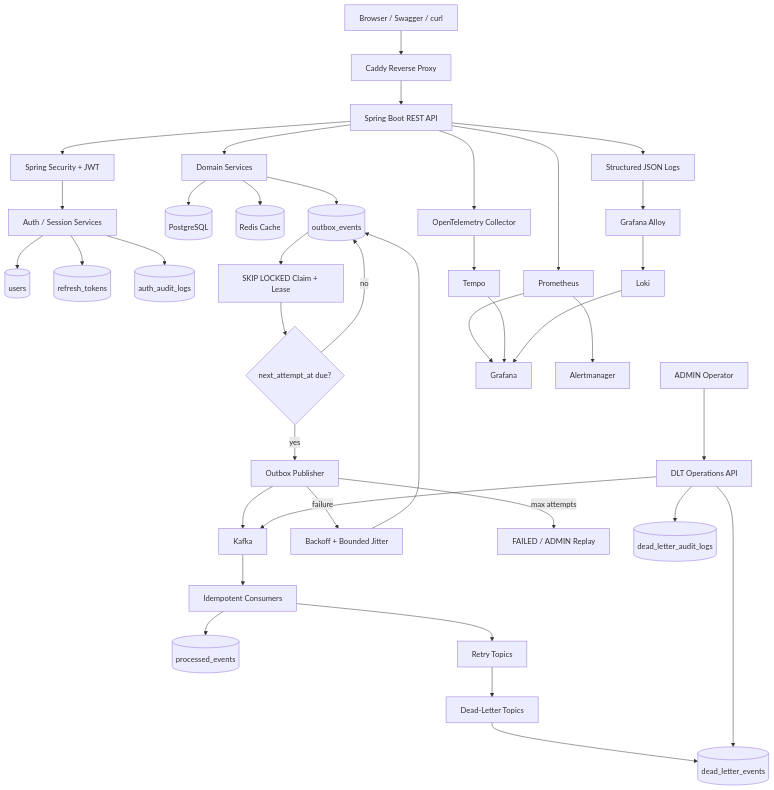
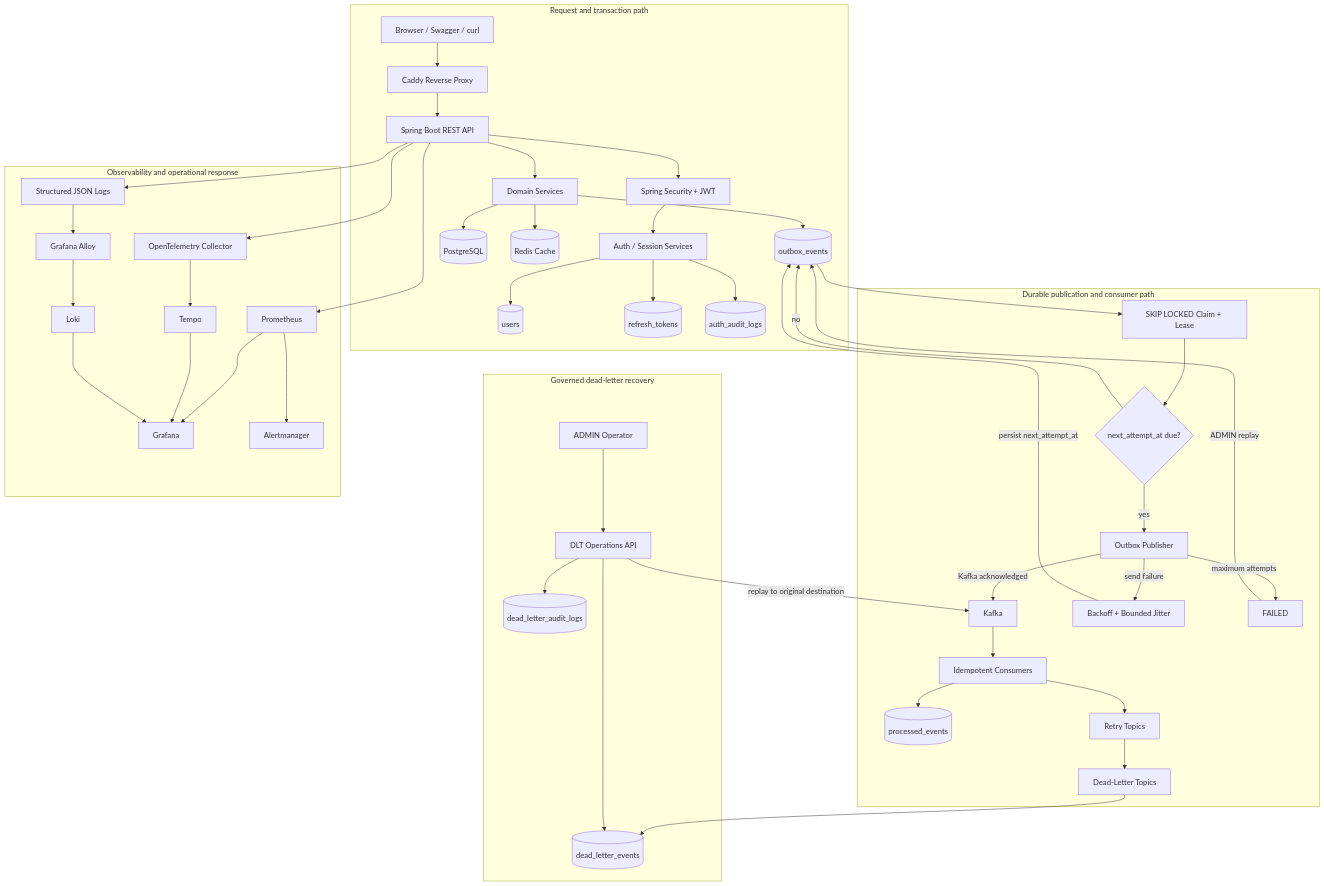
The diagram in README.md (ravan-chuang/spring-boot-ecommerce-backend), drawn with Mermaid before and after one commit. The commit also changed other lines of this file and 2 other files, not shown here.

Commit message:
docs: refresh project documentation after Phase 2.1 verification

````diff
--- a/README.md
+++ b/README.md
@@ -50,45 +50,55 @@
 ```mermaid
+%%{init: {"flowchart": {"curve": "basis"}}}%%
 flowchart TD
-    Client[Browser / Swagger / curl] --> Caddy[Caddy Reverse Proxy]
-    Caddy --> API[Spring Boot REST API]
-    API --> Security[Spring Security + JWT]
-    Security --> Auth[Auth / Session Services]
-    Auth --> Users[(users)]
-    Auth --> RefreshTokens[(refresh_tokens)]
-    Auth --> AuthAudit[(auth_audit_logs)]
+    subgraph RequestPath[Request and transaction path]
+        Client[Browser / Swagger / curl] --> Caddy[Caddy Reverse Proxy]
+        Caddy --> API[Spring Boot REST API]
+        API --> Security[Spring Security + JWT]
+        Security --> Auth[Auth / Session Services]
+        API --> Domain[Domain Services]
+        Auth --> Users[(users)]
+        Auth --> RefreshTokens[(refresh_tokens)]
+        Auth --> AuthAudit[(auth_audit_logs)]
+        Domain --> PostgreSQL[(PostgreSQL)]
+        Domain --> Redis[(Redis Cache)]
+        Domain --> Outbox[(outbox_events)]
+    end
 
-    API --> Domain[Domain Services]
-    Domain --> PostgreSQL[(PostgreSQL)]
-    Domain --> Redis[(Redis Cache)]
-    Domain --> Outbox[(outbox_events)]
+    subgraph DeliveryPath[Durable publication and consumer path]
+        Outbox --> Claim[SKIP LOCKED Claim + Lease]
+        Claim --> Due{next_attempt_at due?}
+        Due -->|yes| Publisher[Outbox Publisher]
+        Due -->|no| Outbox
+        Publisher -->|Kafka acknowledged| Kafka[Kafka]
+        Publisher -->|send failure| RetryPolicy[Backoff + Bounded Jitter]
+        RetryPolicy -->|persist next_attempt_at| Outbox
+        Publisher -->|maximum attempts| Failed[FAILED]
+        Failed -->|ADMIN replay| Outbox
 
-    Outbox --> Claim[SKIP LOCKED Claim + Lease]
-    Claim --> Due{next_attempt_at due?}
-    Due -->|yes| Publisher[Outbox Publisher]
-    Due -->|no| Outbox
-    Publisher --> Kafka[Kafka]
-    Publisher -->|failure| RetryPolicy[Backoff + Bounded Jitter]
-    RetryPolicy --> Outbox
-    Publisher -->|max attempts| Failed[FAILED / ADMIN Replay]
+        Kafka --> Consumer[Idempotent Consumers]
+        Consumer --> Processed[(processed_events)]
+        Consumer --> RetryTopics[Retry Topics]
+        RetryTopics --> DLT[Dead-Letter Topics]
+    end
 
-    Kafka --> Consumer[Idempotent Consumers]
-    Consumer --> Processed[(processed_events)]
-    Consumer --> RetryTopics[Retry Topics]
-    RetryTopics --> DLT[Dead-Letter Topics]
-    DLT --> DLTStore[(dead_letter_events)]
-    Operator[ADMIN Operator] --> DLTAPI[DLT Operations API]
-    DLTAPI --> DLTStore
-    DLTAPI --> Kafka
-    DLTAPI --> DLTAudit[(dead_letter_audit_logs)]
+    subgraph GovernedRecovery[Governed dead-letter recovery]
+        DLT --> DLTStore[(dead_letter_events)]
+        Operator[ADMIN Operator] --> DLTAPI[DLT Operations API]
+        DLTAPI --> DLTStore
+        DLTAPI -->|replay to original destination| Kafka
+        DLTAPI --> DLTAudit[(dead_letter_audit_logs)]
+    end
 
-    API --> Prometheus[Prometheus]
-    API --> OTel[OpenTelemetry Collector]
-    API --> JSONLogs[Structured JSON Logs]
-    OTel --> Tempo[Tempo]
-    JSONLogs --> Alloy[Grafana Alloy]
-    Alloy --> Loki[Loki]
-    Prometheus --> Grafana[Grafana]
-    Tempo --> Grafana
-    Loki --> Grafana
-    Prometheus --> Alertmanager[Alertmanager]
+    subgraph Telemetry[Observability and operational response]
+        API --> Prometheus[Prometheus]
+        API --> OTel[OpenTelemetry Collector]
+        API --> JSONLogs[Structured JSON Logs]
+        OTel --> Tempo[Tempo]
+        JSONLogs --> Alloy[Grafana Alloy]
+        Alloy --> Loki[Loki]
+        Prometheus --> Grafana[Grafana]
+        Tempo --> Grafana
+        Loki --> Grafana
+        Prometheus --> Alertmanager[Alertmanager]
+    end
 ```
````
